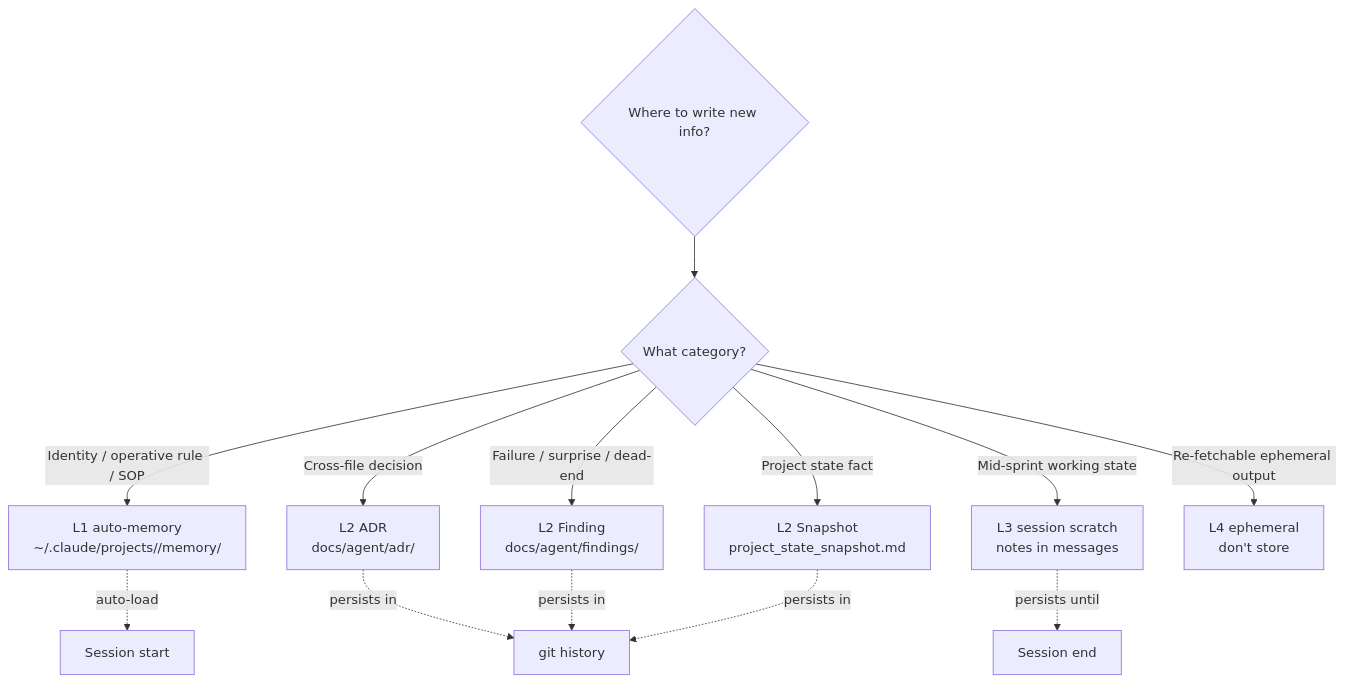
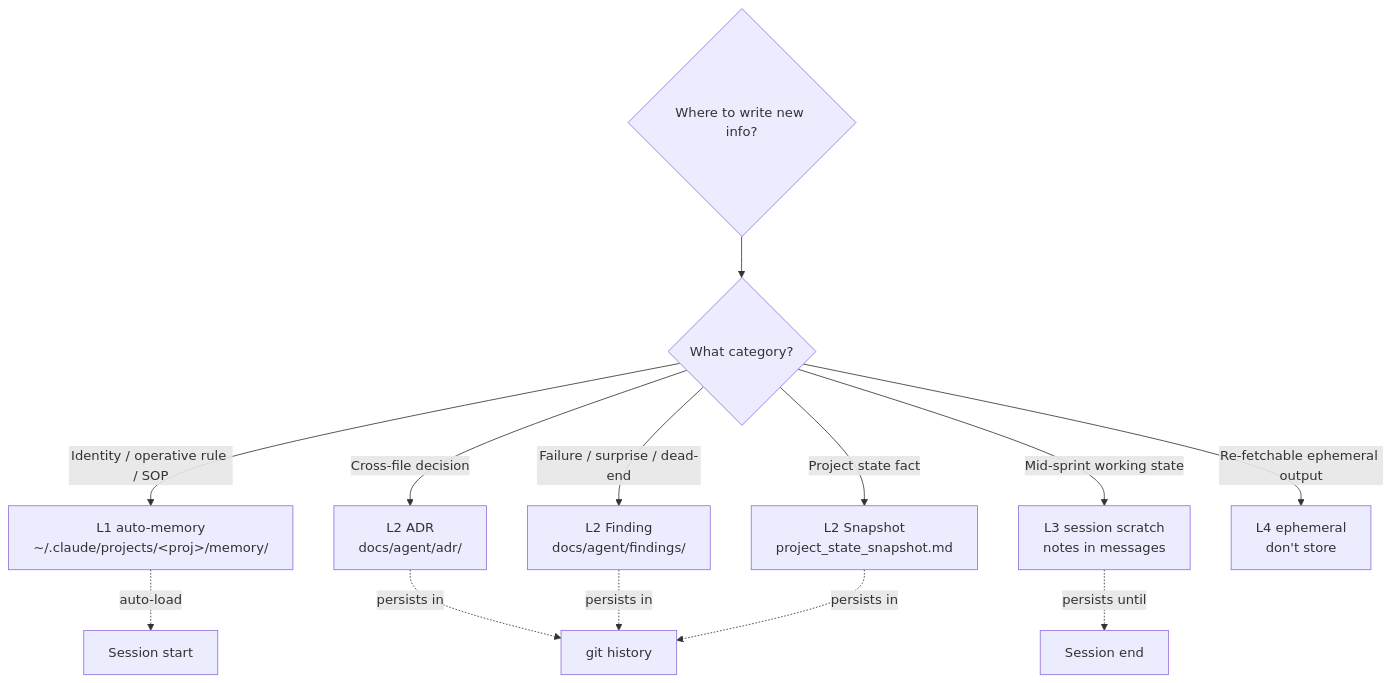
The eighth of 10 diagrams in docs/human/en/concept-map.md (Cobrust-lang/agent-driven-development), drawn with Mermaid before and after one commit. The commit also changed other lines of this file and 7 other files, not shown here.

````diff
--- a/docs/human/en/concept-map.md
+++ b/docs/human/en/concept-map.md
@@ -83,16 +309,16 @@
 ```mermaid
 flowchart TB
     NewInfo{Where to write new info?} --> Type{What category?}
-    Type -->|Identity / operative rule / SOP| L1[L1 auto-memory<br/>~/.claude/projects/<proj>/memory/]
+    Type -->|Identity / operative rule / SOP| L1[L1 auto-memory<br/>~/.claude/projects/&lt;proj&gt;/memory/]
     Type -->|Cross-file decision| L2A[L2 ADR<br/>docs/agent/adr/]
     Type -->|Failure / surprise / dead-end| L2B[L2 Finding<br/>docs/agent/findings/]
     Type -->|Project state fact| L2C[L2 Snapshot<br/>project_state_snapshot.md]
     Type -->|Mid-sprint working state| L3[L3 session scratch<br/>notes in messages]
     Type -->|Re-fetchable ephemeral output| L4[L4 ephemeral<br/>don't store]
 
     L1 -.auto-load.-> Session[Session start]
     L2A -.persists in.-> Repo[git history]
     L2B -.persists in.-> Repo
     L2C -.persists in.-> Repo
     L3 -.persists until.-> SessionEnd[Session end]
 ```
````
